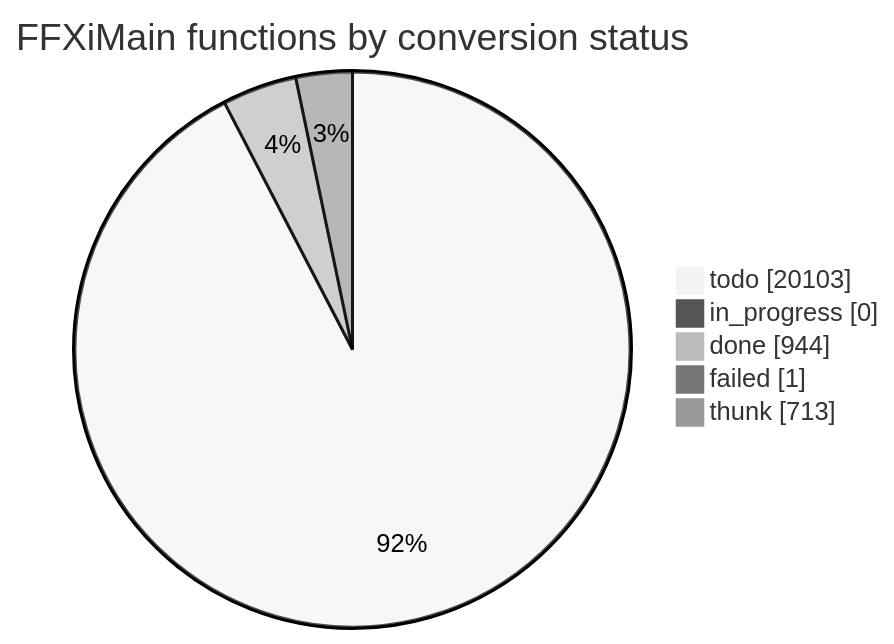
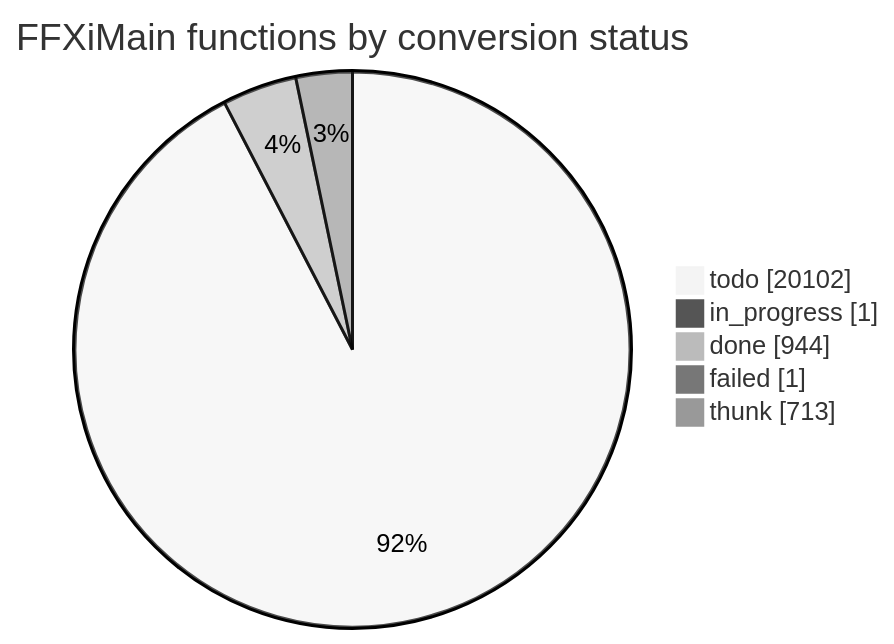
One commit to cowrevenge/cow_kuluu_xi_anything changed the diagram in docs/cow/STATUS.md. Above: the diagram before and after it, drawn with Mermaid (neutral theme). The commit also changed other lines of this file and 7 other files, not shown here.

````diff
--- a/docs/cow/STATUS.md
+++ b/docs/cow/STATUS.md
@@ -18,9 +18,9 @@
 ```mermaid
 pie showData
     title FFXiMain functions by conversion status
-    "todo" : 20103
-    "in_progress" : 0
+    "todo" : 20102
+    "in_progress" : 1
     "done" : 944
     "failed" : 1
     "thunk" : 713
 ```
````
